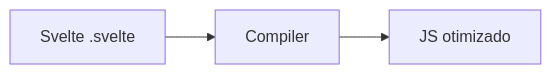
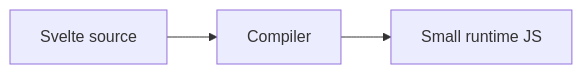
The diagram in frontend/10-svelte.md (tiagocosmai/study-materials), drawn with Mermaid before and after one commit. The commit also changed other lines of this file and 14 other files, not shown here.

````diff
--- a/frontend/10-svelte.md
+++ b/frontend/10-svelte.md
@@ -7,7 +7,7 @@
 ```mermaid
 flowchart LR
-  SRC[Svelte .svelte]
-  COMP[Compiler]
-  JS[JS otimizado]
-  SRC --> COMP --> JS
+  SRC[Svelte source]
+  C[Compiler]
+  OUT[Small runtime JS]
+  SRC --> C --> OUT
 ```
````
